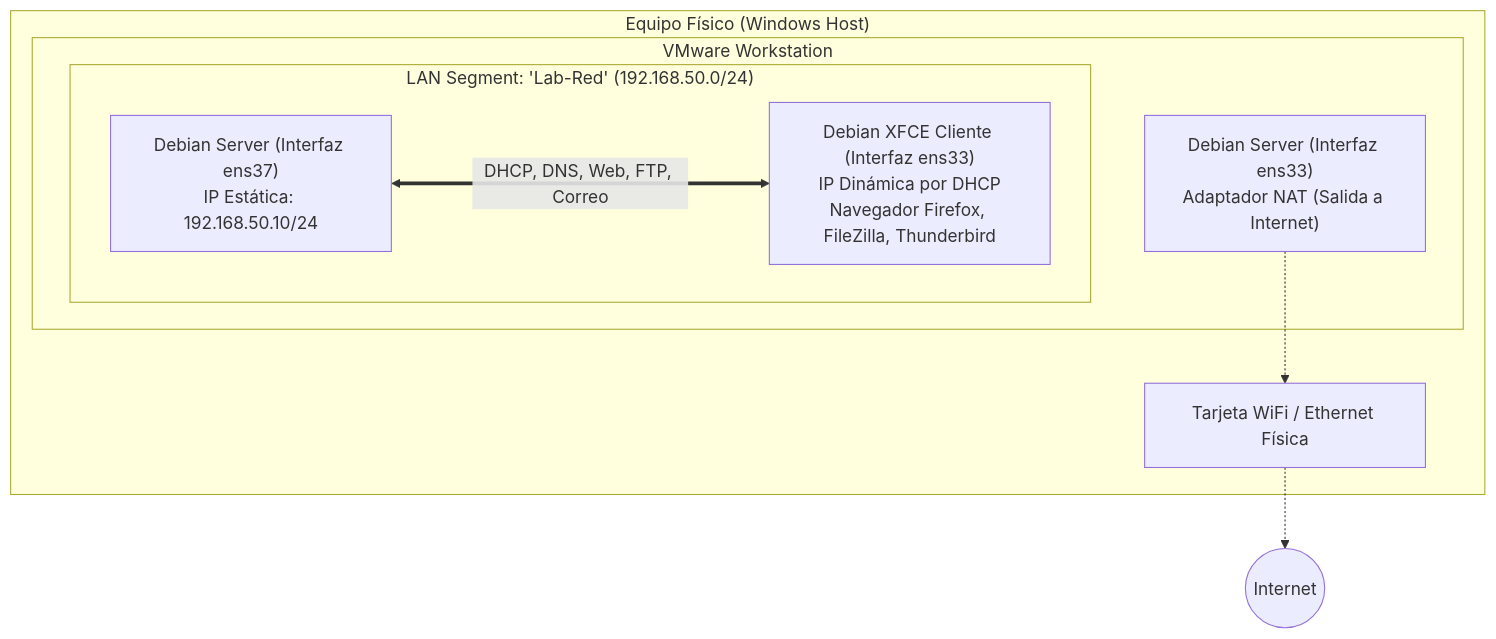
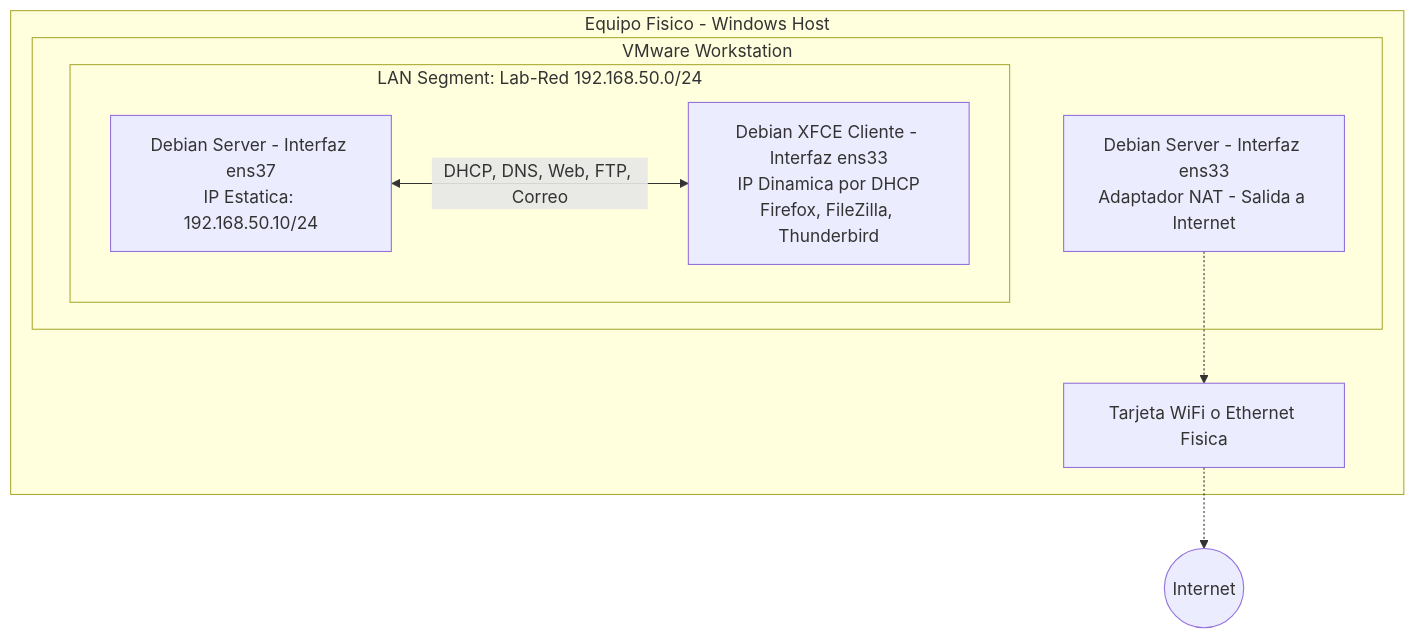
Before and after one commit to Gabriel89zz/Administracion-De-Servidores-U4: the diagram in GUIA_INTEGRAL_VMWARE_Y_DEBIAN.md, drawn with Mermaid. The commit also changed 34 other files, not shown here.

Commit message:
docs(reportes): fix mermaid syntax across all guides and embed all evidence images into technical reports

````diff
--- a/GUIA_INTEGRAL_VMWARE_Y_DEBIAN.md
+++ b/GUIA_INTEGRAL_VMWARE_Y_DEBIAN.md
@@ -14,15 +14,15 @@
 ```mermaid
 flowchart TD
-    subgraph Host["Equipo Físico (Windows Host)"]
+    subgraph Host["Equipo Fisico - Windows Host"]
         subgraph VMware["VMware Workstation"]
-            subgraph LANSegment["LAN Segment: 'Lab-Red' (192.168.50.0/24)"]
-                ServerNIC2["Debian Server (Interfaz ens37)\nIP Estática: 192.168.50.10/24"]
-                ClientNIC1["Debian XFCE Cliente (Interfaz ens33)\nIP Dinámica por DHCP\nNavegador Firefox, FileZilla, Thunderbird"]
+            subgraph LANSegment["LAN Segment: Lab-Red 192.168.50.0/24"]
+                ServerNIC2["Debian Server - Interfaz ens37<br/>IP Estatica: 192.168.50.10/24"]
+                ClientNIC1["Debian XFCE Cliente - Interfaz ens33<br/>IP Dinamica por DHCP<br/>Firefox, FileZilla, Thunderbird"]
             end
-            ServerNIC1["Debian Server (Interfaz ens33)\nAdaptador NAT (Salida a Internet)"]
+            ServerNIC1["Debian Server - Interfaz ens33<br/>Adaptador NAT - Salida a Internet"]
         end
-        PhysicalNIC["Tarjeta WiFi / Ethernet Física"]
+        PhysicalNIC["Tarjeta WiFi o Ethernet Fisica"]
     end
     ServerNIC1 -.-> PhysicalNIC -.-> Internet((Internet))
-    ServerNIC2 <===>|DHCP, DNS, Web, FTP, Correo| ClientNIC1
+    ServerNIC2 <-->|"DHCP, DNS, Web, FTP, Correo"| ClientNIC1
 ```
````
